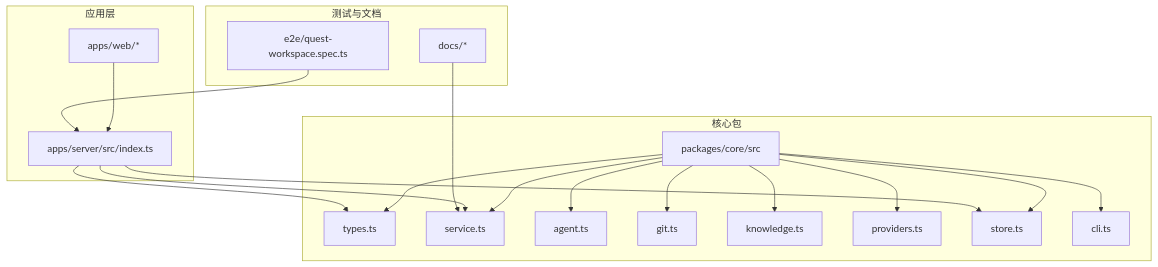
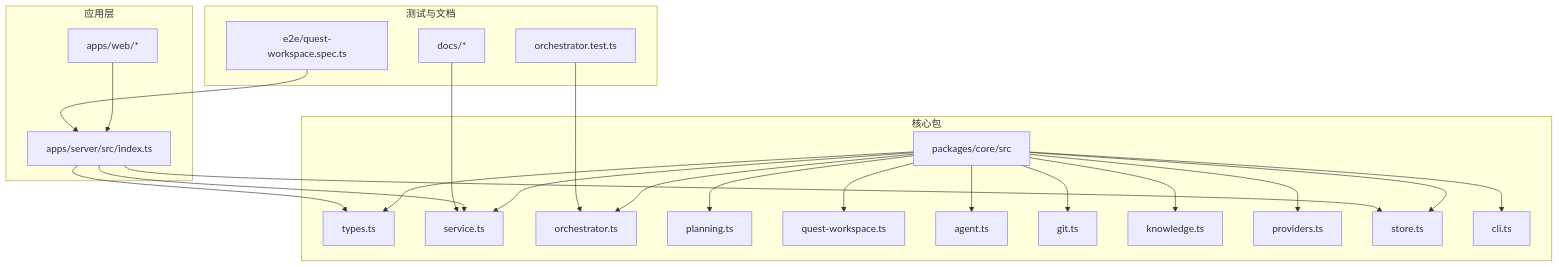
The first of 8 diagrams in .qoder/repowiki/zh/content/核心服务模块/任务编排流程.md (coconilu/RepoHelm), drawn with Mermaid before and after one commit. The commit also changed other lines of this file and 14 other files, not shown here.

````diff
--- a/.qoder/repowiki/zh/content/核心服务模块/任务编排流程.md
+++ b/.qoder/repowiki/zh/content/核心服务模块/任务编排流程.md
@@ -53,36 +65,44 @@
 ```mermaid
 graph TB
 subgraph "核心包"
 CORE["packages/core/src"]
 TYPES["types.ts"]
 SERVICE["service.ts"]
+ORCHESTRATOR["orchestrator.ts"]
+PLANNING["planning.ts"]
+QUESTWORKSPACE["quest-workspace.ts"]
 AGENT["agent.ts"]
 GIT["git.ts"]
 KNOWLEDGE["knowledge.ts"]
 PROVIDERS["providers.ts"]
 STORE["store.ts"]
 CLI["cli.ts"]
 end
 subgraph "应用层"
 SERVER["apps/server/src/index.ts"]
 WEB["apps/web/*"]
 end
 subgraph "测试与文档"
 E2E["e2e/quest-workspace.spec.ts"]
+TEST["orchestrator.test.ts"]
 DOCS["docs/*"]
 end
 CORE --> TYPES
 CORE --> SERVICE
+CORE --> ORCHESTRATOR
+CORE --> PLANNING
+CORE --> QUESTWORKSPACE
 CORE --> AGENT
 CORE --> GIT
 CORE --> KNOWLEDGE
 CORE --> PROVIDERS
 CORE --> STORE
 CORE --> CLI
 SERVER --> SERVICE
 SERVER --> STORE
 SERVER --> TYPES
 WEB --> SERVER
 E2E --> SERVER
+TEST --> ORCHESTRATOR
 DOCS --> SERVICE
 ```
````
